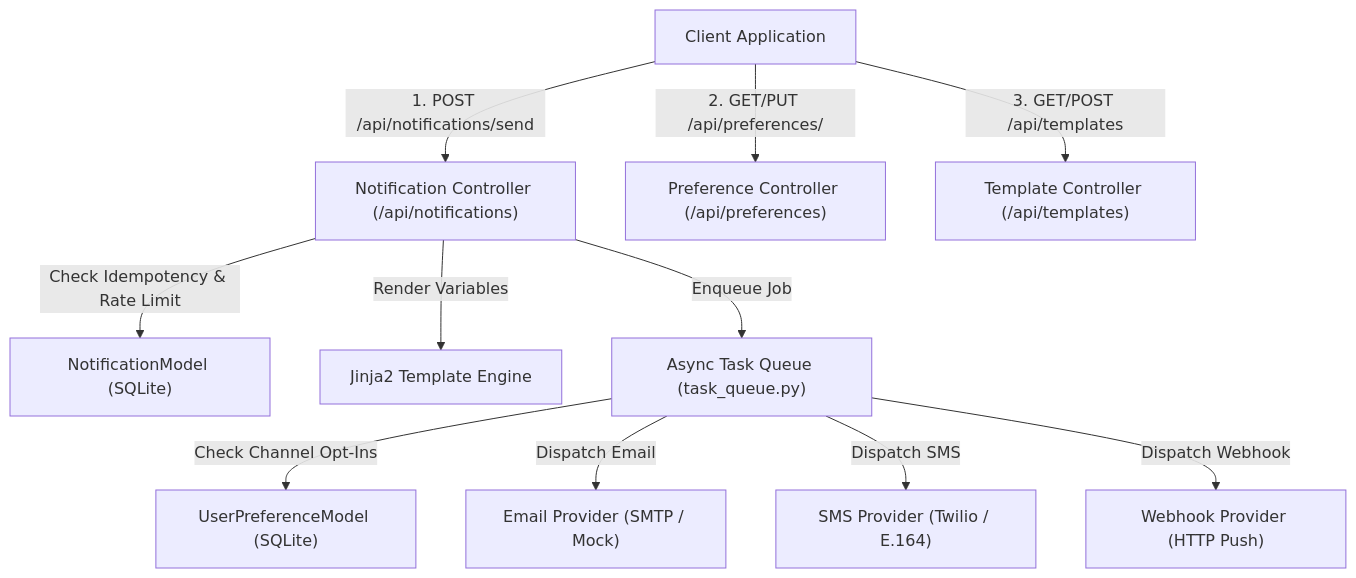
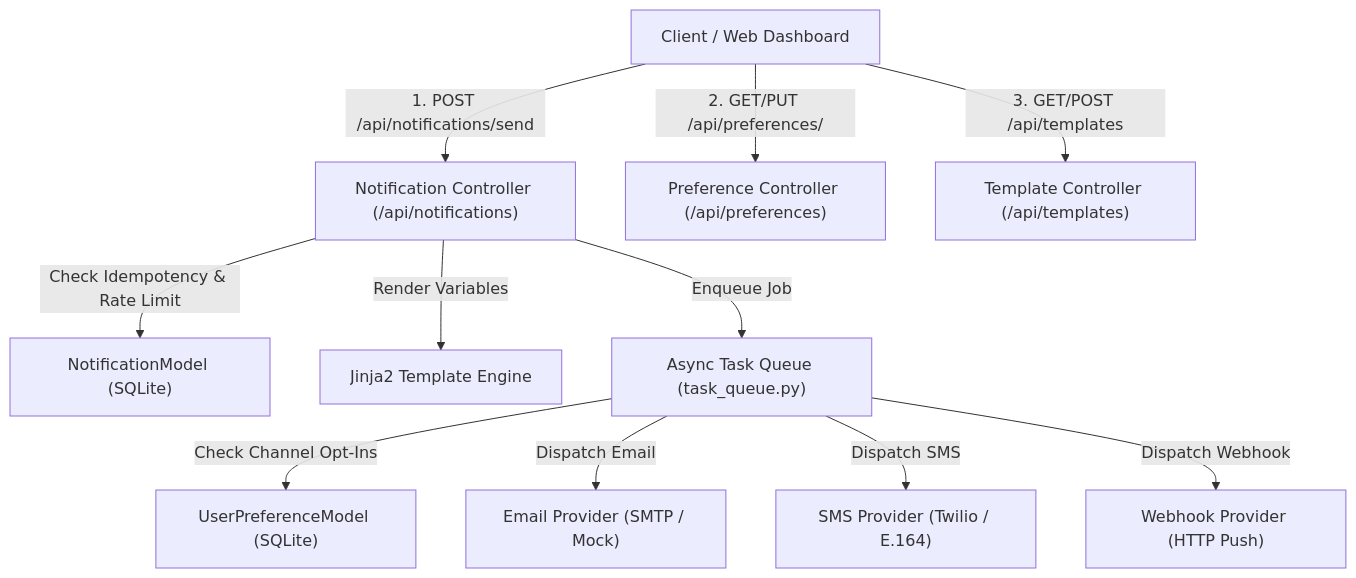
One commit to pak-pow/PROJECT52-PHASE2 changed the diagram in week35_notification_system/README.md. Above: the diagram before and after it, drawn with Mermaid. The commit also changed other lines of this file, not shown here.

Commit message:
docs(week35): update README.md with interactive web dashboard guide and updated quickstart

````diff
--- a/week35_notification_system/README.md
+++ b/week35_notification_system/README.md
@@ -9,15 +9,15 @@
 ```mermaid
 graph TD
-    Client["Client Application"] -->|1. POST /api/notifications/send| NotifRoute["Notification Controller (/api/notifications)"]
+    Client["Client / Web Dashboard"] -->|1. POST /api/notifications/send| NotifRoute["Notification Controller (/api/notifications)"]
     Client -->|2. GET/PUT /api/preferences/<id>| PrefRoute["Preference Controller (/api/preferences)"]
     Client -->|3. GET/POST /api/templates| TmplRoute["Template Controller (/api/templates)"]
     
     NotifRoute -->|Check Idempotency & Rate Limit| NotifModel["NotificationModel (SQLite)"]
     NotifRoute -->|Render Variables| TemplateEngine["Jinja2 Template Engine"]
     NotifRoute -->|Enqueue Job| WorkerQueue["Async Task Queue (task_queue.py)"]
     
     WorkerQueue -->|Check Channel Opt-Ins| UserPrefModel["UserPreferenceModel (SQLite)"]
     WorkerQueue -->|Dispatch Email| EmailProvider["Email Provider (SMTP / Mock)"]
     WorkerQueue -->|Dispatch SMS| SMSProvider["SMS Provider (Twilio / E.164)"]
     WorkerQueue -->|Dispatch Webhook| WebhookProvider["Webhook Provider (HTTP Push)"]
 ```
````
